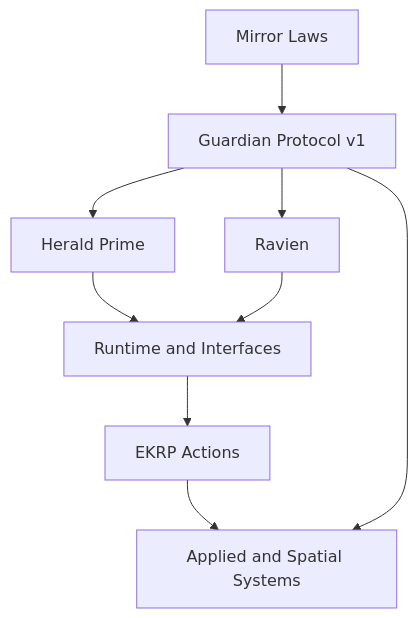
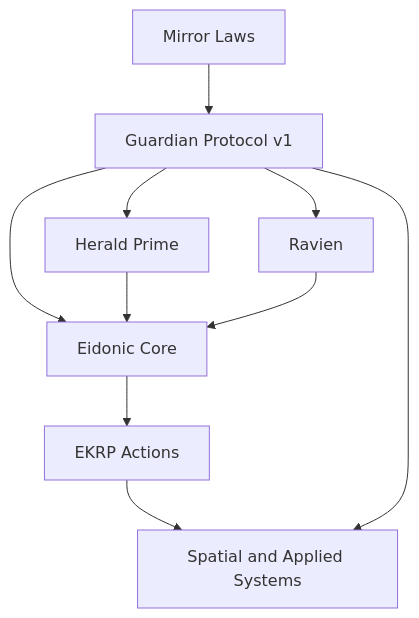
The fourth of 6 diagrams in README.md (Eidonic-Systems/eidonic_universe), drawn with Mermaid before and after one commit. The commit also changed other lines of this file, not shown here.

````diff
--- a/README.md
+++ b/README.md
@@ -155,19 +220,20 @@
 ```mermaid
 flowchart TD
-    ML[Mirror Laws]
-    GP[Guardian Protocol v1]
-    HP[Herald Prime]
-    RV[Ravien]
-    RT[Runtime and Interfaces]
-    EK[EKRP Actions]
-    WRLD[Applied and Spatial Systems]
+    ML["Mirror Laws"]
+    GP["Guardian Protocol v1"]
+    HP["Herald Prime"]
+    RV["Ravien"]
+    EC["Eidonic Core"]
+    EK["EKRP Actions"]
+    WRLD["Spatial and Applied Systems"]
 
     ML --> GP
     GP --> HP
     GP --> RV
-    HP --> RT
-    RV --> RT
-    RT --> EK
+    GP --> EC
+    HP --> EC
+    RV --> EC
+    EC --> EK
     EK --> WRLD
     GP --> WRLD
 ```
````
